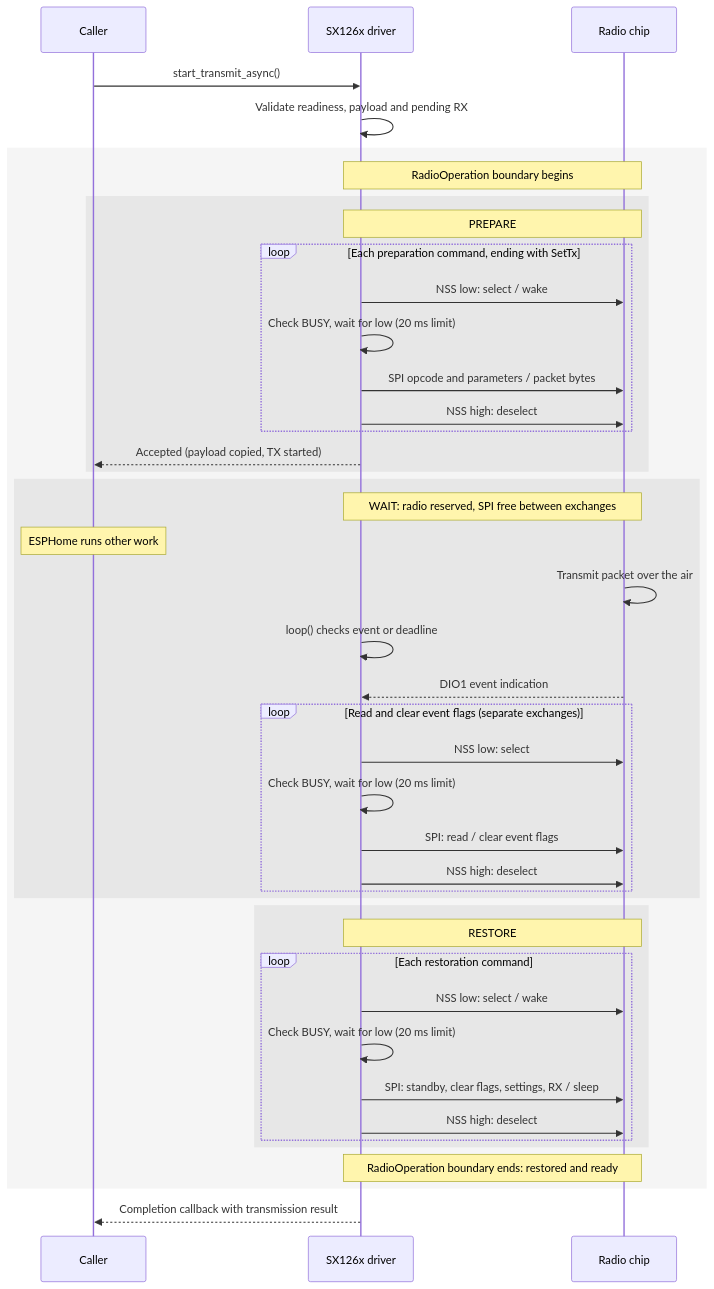
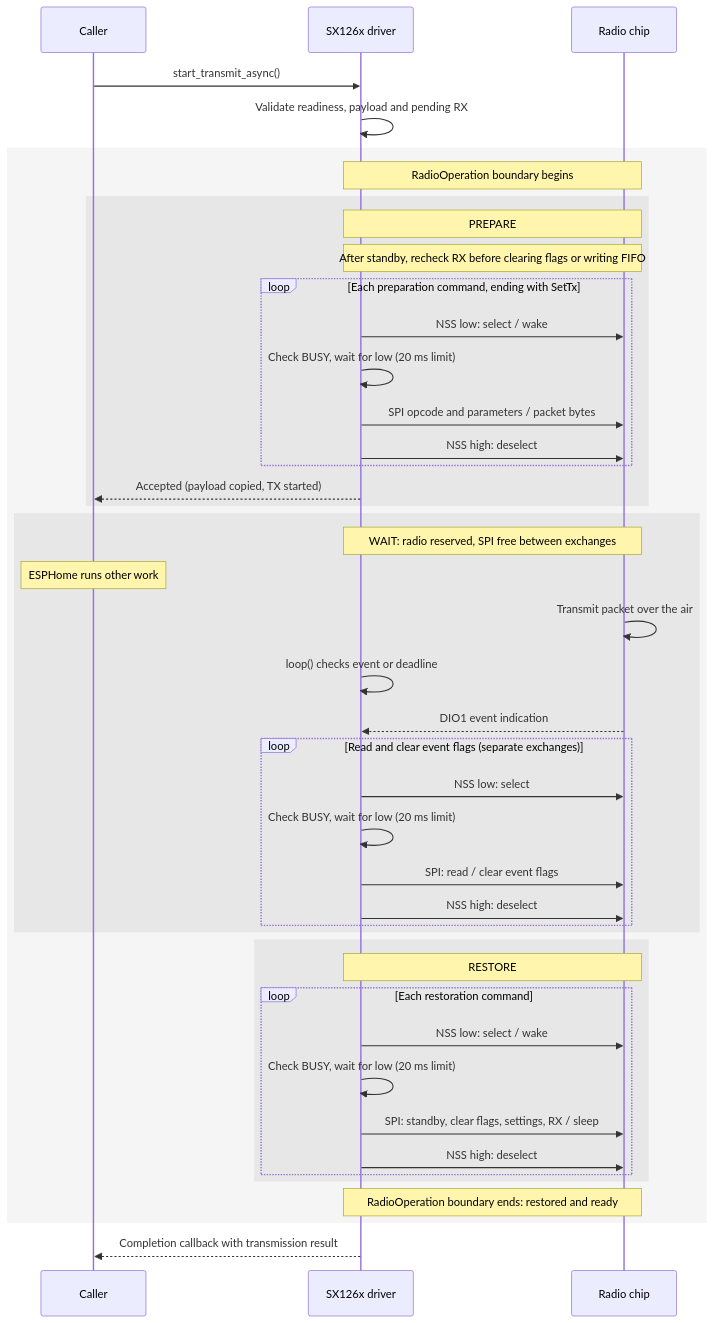
The diagram in esphome/components/sx126x/implementation.md (esphome/esphome), drawn with Mermaid before and after one commit. The commit also changed other lines of this file and 16 other files, not shown here.

````diff
--- a/esphome/components/sx126x/implementation.md
+++ b/esphome/components/sx126x/implementation.md
@@ -63,46 +63,47 @@
 ```mermaid
 sequenceDiagram
     participant C as Caller
     participant D as SX126x driver
     participant R as Radio chip
 
     C->>D: start_transmit_async()
     D->>D: Validate readiness, payload and pending RX
     rect rgba(128, 128, 128, 0.08)
         Note over D,R: RadioOperation boundary begins
         rect rgba(128, 128, 128, 0.12)
             Note over D,R: PREPARE
+            Note over D,R: After standby, recheck RX before clearing flags or writing FIFO
             loop Each preparation command, ending with SetTx
                 D->>R: NSS low: select / wake
                 D->>D: Check BUSY, wait for low (20 ms limit)
                 D->>R: SPI opcode and parameters / packet bytes
                 D->>R: NSS high: deselect
             end
             D-->>C: Accepted (payload copied, TX started)
         end
         rect rgba(128, 128, 128, 0.12)
             Note over D,R: WAIT: radio reserved, SPI free between exchanges
             Note over C: ESPHome runs other work
             R->>R: Transmit packet over the air
             D->>D: loop() checks event or deadline
             R-->>D: DIO1 event indication
             loop Read and clear event flags (separate exchanges)
                 D->>R: NSS low: select
                 D->>D: Check BUSY, wait for low (20 ms limit)
                 D->>R: SPI: read / clear event flags
                 D->>R: NSS high: deselect
             end
         end
         rect rgba(128, 128, 128, 0.12)
             Note over D,R: RESTORE
             loop Each restoration command
                 D->>R: NSS low: select / wake
                 D->>D: Check BUSY, wait for low (20 ms limit)
                 D->>R: SPI: standby, clear flags, settings, RX / sleep
                 D->>R: NSS high: deselect
             end
         end
         Note over D,R: RadioOperation boundary ends: restored and ready
     end
     D-->>C: Completion callback with transmission result
 ```
````
